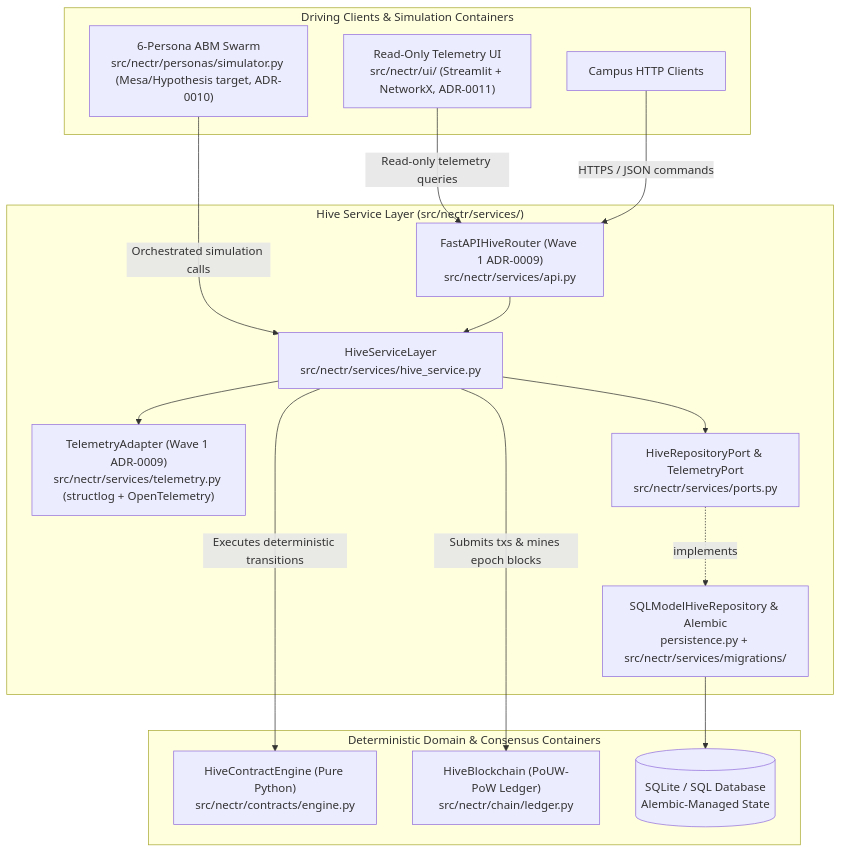
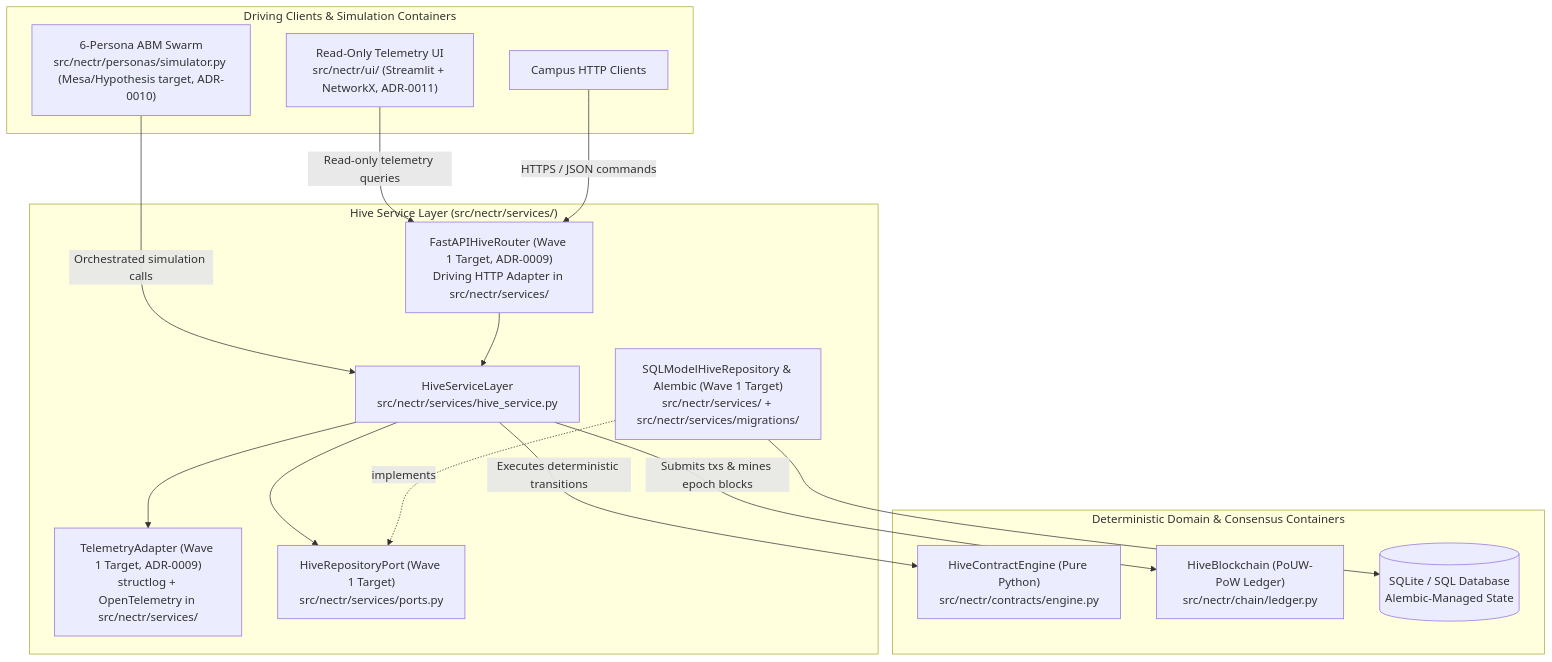
Before and after one commit to brandon-fox/nectR: the second of 5 diagrams in docs/architecture/system_design.md, drawn with Mermaid. The commit also changed other lines of this file and 1 other file, not shown here.

Commit message:
docs(arch): reconcile architecture diagrams, contracts table, and inline acronyms

````diff
--- a/docs/architecture/system_design.md
+++ b/docs/architecture/system_design.md
@@ -47,33 +47,33 @@
 ```mermaid
 flowchart TB
     subgraph Clients["Driving Clients & Simulation Containers"]
         UI["Read-Only Telemetry UI<br/>src/nectr/ui/ (Streamlit + NetworkX, ADR-0011)"]
         Personas["6-Persona ABM Swarm<br/>src/nectr/personas/simulator.py (Mesa/Hypothesis target, ADR-0010)"]
         CampusHTTP["Campus HTTP Clients"]
     end
 
     subgraph ServiceBoundary["Hive Service Layer (src/nectr/services/)"]
-        FastAPI["FastAPIHiveRouter (Wave 1 ADR-0009)<br/>src/nectr/services/api.py"]
+        FastAPI["FastAPIHiveRouter (Wave 1 Target, ADR-0009)<br/>Driving HTTP Adapter in src/nectr/services/"]
         ServiceCore["HiveServiceLayer<br/>src/nectr/services/hive_service.py"]
-        Telemetry["TelemetryAdapter (Wave 1 ADR-0009)<br/>src/nectr/services/telemetry.py (structlog + OpenTelemetry)"]
-        RepoPort["HiveRepositoryPort & TelemetryPort<br/>src/nectr/services/ports.py"]
-        SQLRepo["SQLModelHiveRepository & Alembic<br/>persistence.py + src/nectr/services/migrations/"]
+        Telemetry["TelemetryAdapter (Wave 1 Target, ADR-0009)<br/>structlog + OpenTelemetry in src/nectr/services/"]
+        RepoPort["HiveRepositoryPort (Wave 1 Target)<br/>src/nectr/services/ports.py"]
+        SQLRepo["SQLModelHiveRepository & Alembic (Wave 1 Target)<br/>src/nectr/services/ + src/nectr/services/migrations/"]
     end
 
     subgraph DomainLedger["Deterministic Domain & Consensus Containers"]
         Contracts["HiveContractEngine (Pure Python)<br/>src/nectr/contracts/engine.py"]
         Chain["HiveBlockchain (PoUW-PoW Ledger)<br/>src/nectr/chain/ledger.py"]
         DB[("SQLite / SQL Database<br/>Alembic-Managed State")]
     end
 
     UI -->|"Read-only telemetry queries"| FastAPI
     CampusHTTP -->|"HTTPS / JSON commands"| FastAPI
     Personas -->|"Orchestrated simulation calls"| ServiceCore
     FastAPI --> ServiceCore
     ServiceCore --> Telemetry
     ServiceCore --> RepoPort
-    RepoPort -.->|"implements"| SQLRepo
+    SQLRepo -.->|"implements"| RepoPort
     SQLRepo --> DB
     ServiceCore -->|"Executes deterministic transitions"| Contracts
     ServiceCore -->|"Submits txs & mines epoch blocks"| Chain
 ```
````
